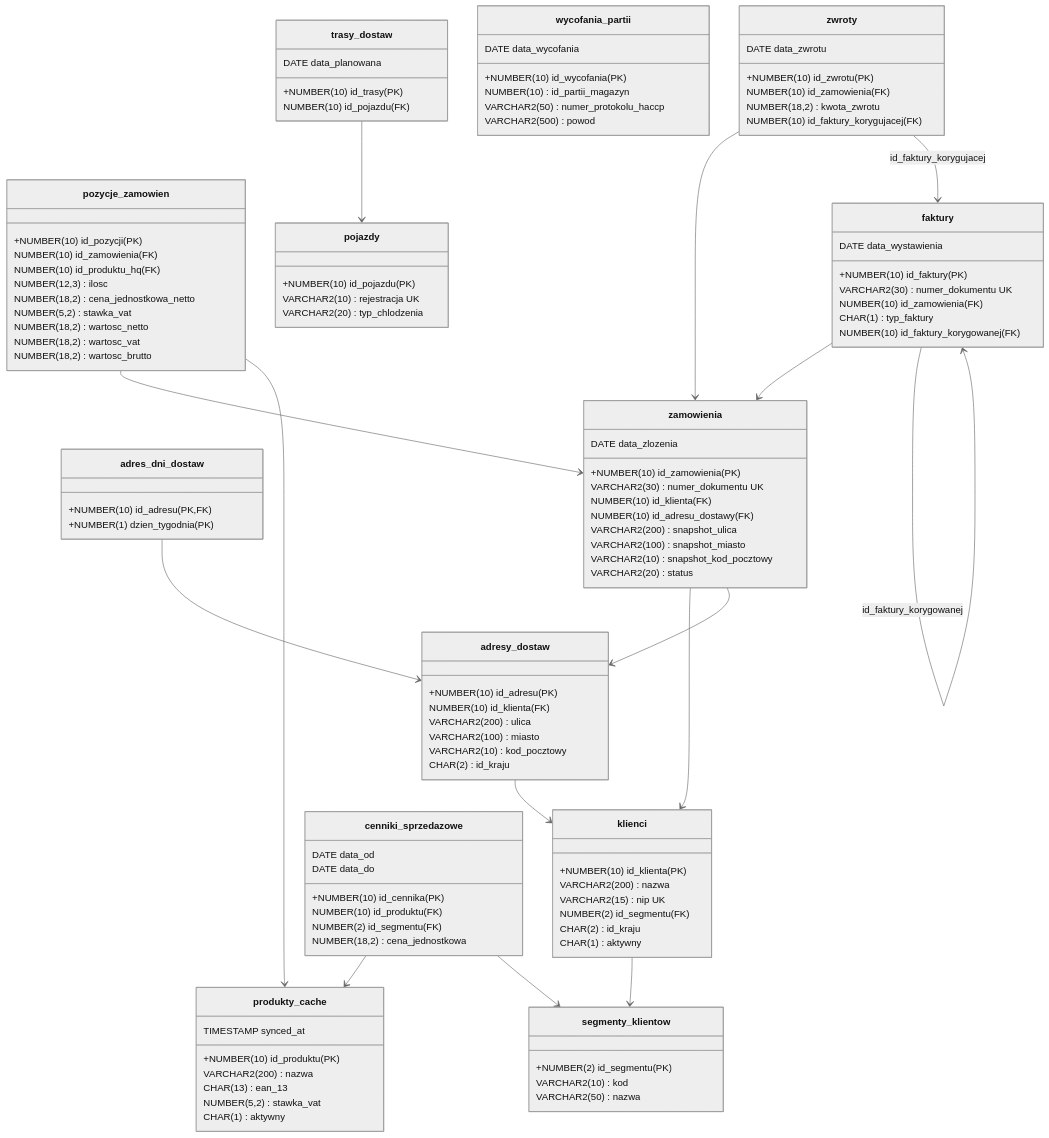
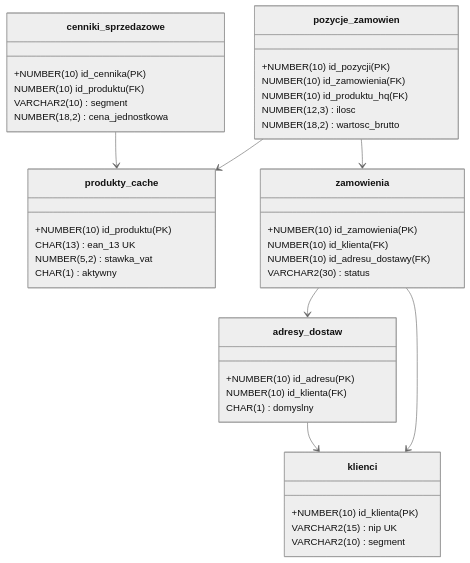
One commit to MattyMroz/Bazy_Danych changed the third of 4 diagrams in RBZ/PROJEKT/HiDPPS.md. Above: the diagram before and after it, drawn with Mermaid (neutral theme). The commit also changed other lines of this file and 3 other files, not shown here.

````diff
--- a/RBZ/PROJEKT/HiDPPS.md
+++ b/RBZ/PROJEKT/HiDPPS.md
@@ -683,112 +435,43 @@
 classDiagram
     class klienci {
         +NUMBER(10) id_klienta (PK)
-        VARCHAR2(200) nazwa
         VARCHAR2(15) nip UK
-        NUMBER(2) id_segmentu (FK)
-        CHAR(2) id_kraju
-        CHAR(1) aktywny
-    }
-    class segmenty_klientow {
-        +NUMBER(2) id_segmentu (PK)
-        VARCHAR2(10) kod
-        VARCHAR2(50) nazwa
+        VARCHAR2(10) segment
     }
     class adresy_dostaw {
         +NUMBER(10) id_adresu (PK)
         NUMBER(10) id_klienta (FK)
-        VARCHAR2(200) ulica
-        VARCHAR2(100) miasto
-        VARCHAR2(10) kod_pocztowy
-        CHAR(2) id_kraju
-    }
-    class adres_dni_dostaw {
-        +NUMBER(10) id_adresu (PK,FK)
-        +NUMBER(1) dzien_tygodnia (PK)
+        CHAR(1) domyslny
     }
     class produkty_cache {
         +NUMBER(10) id_produktu (PK)
-        VARCHAR2(200) nazwa
-        CHAR(13) ean_13
+        CHAR(13) ean_13 UK
         NUMBER(5,2) stawka_vat
         CHAR(1) aktywny
-        TIMESTAMP synced_at
     }
     class cenniki_sprzedazowe {
         +NUMBER(10) id_cennika (PK)
         NUMBER(10) id_produktu (FK)
-        NUMBER(2) id_segmentu (FK)
+        VARCHAR2(10) segment
         NUMBER(18,2) cena_jednostkowa
-        DATE data_od
-        DATE data_do
     }
     class zamowienia {
         +NUMBER(10) id_zamowienia (PK)
-        VARCHAR2(30) numer_dokumentu UK
         NUMBER(10) id_klienta (FK)
         NUMBER(10) id_adresu_dostawy (FK)
-        VARCHAR2(200) snapshot_ulica
-        VARCHAR2(100) snapshot_miasto
-        VARCHAR2(10) snapshot_kod_pocztowy
-        DATE data_zlozenia
-        VARCHAR2(20) status
+        VARCHAR2(30) status
     }
     class pozycje_zamowien {
         +NUMBER(10) id_pozycji (PK)
         NUMBER(10) id_zamowienia (FK)
         NUMBER(10) id_produktu_hq (FK)
         NUMBER(12,3) ilosc
-        NUMBER(18,2) cena_jednostkowa_netto
-        NUMBER(5,2) stawka_vat
-        NUMBER(18,2) wartosc_netto
-        NUMBER(18,2) wartosc_vat
         NUMBER(18,2) wartosc_brutto
     }
-    class faktury {
-        +NUMBER(10) id_faktury (PK)
-        VARCHAR2(30) numer_dokumentu UK
-        NUMBER(10) id_zamowienia (FK)
-        CHAR(1) typ_faktury
-        NUMBER(10) id_faktury_korygowanej (FK)
-        DATE data_wystawienia
-    }
-    class trasy_dostaw {
-        +NUMBER(10) id_trasy (PK)
-        NUMBER(10) id_pojazdu (FK)
-        DATE data_planowana
-    }
-    class pojazdy {
-        +NUMBER(10) id_pojazdu (PK)
-        VARCHAR2(10) rejestracja UK
-        VARCHAR2(20) typ_chlodzenia
-    }
-    class wycofania_partii {
-        +NUMBER(10) id_wycofania (PK)
-        NUMBER(10) id_partii_magazyn
-        VARCHAR2(50) numer_protokolu_haccp
-        DATE data_wycofania
-        VARCHAR2(500) powod
-    }
-    class zwroty {
-        +NUMBER(10) id_zwrotu (PK)
-        NUMBER(10) id_zamowienia (FK)
-        DATE data_zwrotu
-        NUMBER(18,2) kwota_zwrotu
-        NUMBER(10) id_faktury_korygujacej (FK)
-    }
-
-    klienci --> segmenty_klientow
     adresy_dostaw --> klienci
-    adres_dni_dostaw --> adresy_dostaw
     cenniki_sprzedazowe --> produkty_cache
-    cenniki_sprzedazowe --> segmenty_klientow
     zamowienia --> klienci
     zamowienia --> adresy_dostaw
     pozycje_zamowien --> zamowienia
     pozycje_zamowien --> produkty_cache
-    faktury --> zamowienia
-    faktury --> faktury : id_faktury_korygowanej
-    trasy_dostaw --> pojazdy
-    zwroty --> zamowienia
-    zwroty --> faktury : id_faktury_korygujacej
 ```
````
